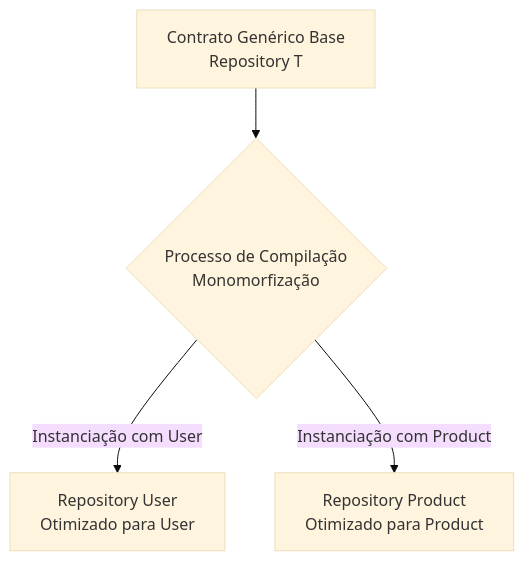
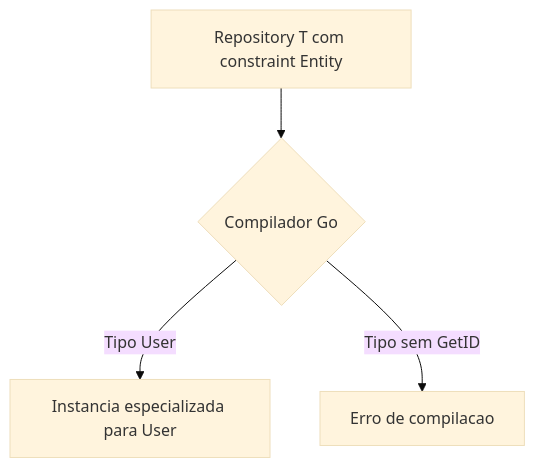
Before and after one commit to GabrielSantarem/web: the diagram in docs/go-generics.md, drawn with Mermaid (base theme). The commit also changed other lines of this file and 2 other files, not shown here.

````diff
--- a/docs/go-generics.md
+++ b/docs/go-generics.md
@@ -9,6 +52,6 @@
 ```mermaid
 flowchart TD
-    A[Contrato Genérico Base <br> Repository T] --> B{Processo de Compilação <br> Monomorfização}
-    B -->|Instanciação com User| C[Repository User <br> Otimizado para User]
-    B -->|Instanciação com Product| D[Repository Product <br> Otimizado para Product]
+    A[Repository T com constraint Entity] --> B{Compilador Go}
+    B -->|Tipo User| C[Instancia especializada para User]
+    B -->|Tipo sem GetID| D[Erro de compilacao]
 ```
````
